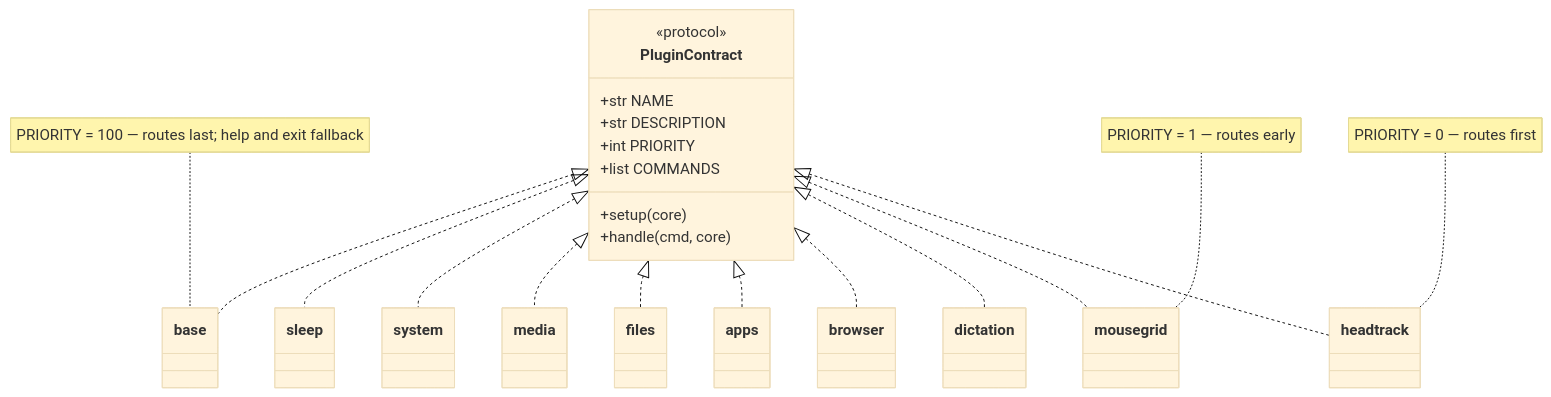
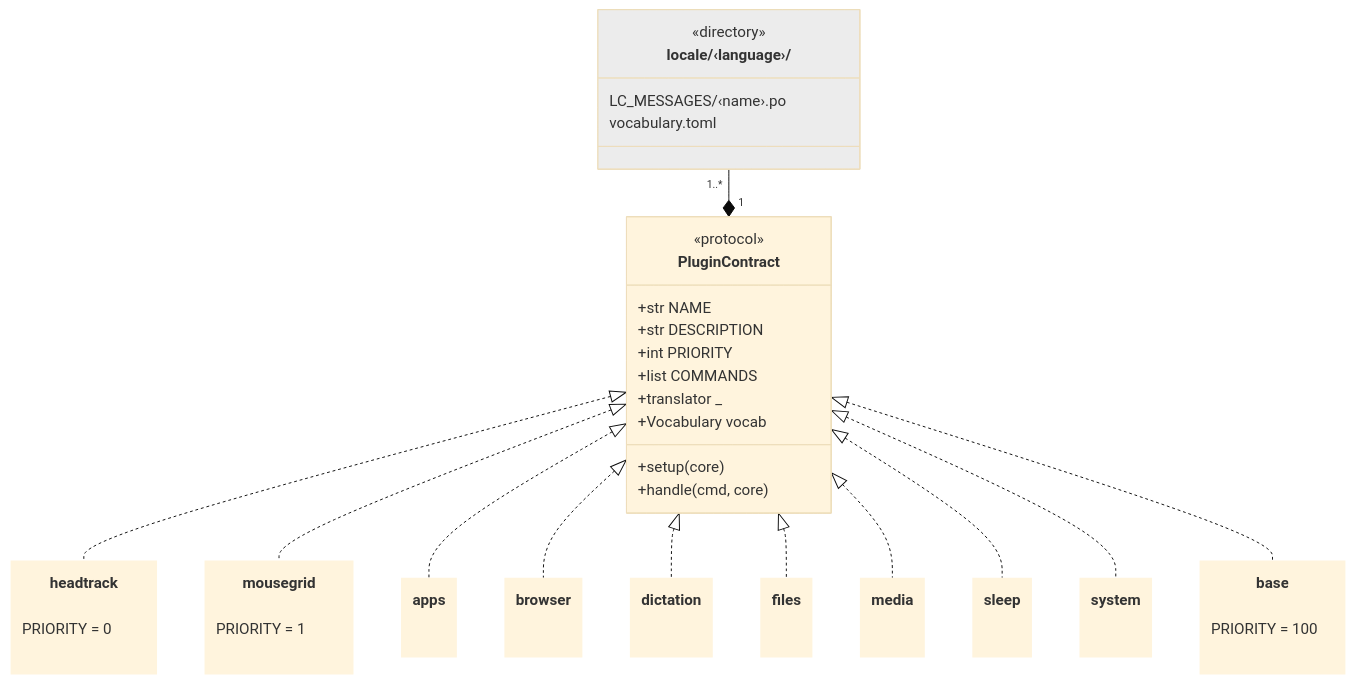
Before and after one commit to SolanumForte/easyspeak: the diagram in docs/reference/plugins.md, drawn with Mermaid (base theme). The commit also changed other lines of this file and 4 other files, not shown here.

First line of the commit message:
Make the docs' diagrams enlarge on click and show the plugin locale

````diff
--- a/docs/reference/plugins.md
+++ b/docs/reference/plugins.md
@@ -10,37 +14,59 @@
 ```mermaid
 classDiagram
     class PluginContract {
         <<protocol>>
         +str NAME
         +str DESCRIPTION
         +int PRIORITY
         +list COMMANDS
+        +translator _
+        +Vocabulary vocab
         +setup(core)
         +handle(cmd, core)
     }
-    class base
+    class base {
+        PRIORITY = 100
+    }
+    class mousegrid {
+        PRIORITY = 1
+    }
+    class headtrack {
+        PRIORITY = 0
+    }
     class sleep
     class system
     class media
     class files
     class apps
     class browser
     class dictation
-    class mousegrid
-    class headtrack
 
-    PluginContract <|.. base
-    PluginContract <|.. sleep
-    PluginContract <|.. system
-    PluginContract <|.. media
-    PluginContract <|.. files
+    PluginContract <|.. headtrack
+    PluginContract <|.. mousegrid
     PluginContract <|.. apps
     PluginContract <|.. browser
     PluginContract <|.. dictation
-    PluginContract <|.. mousegrid
-    PluginContract <|.. headtrack
+    PluginContract <|.. files
+    PluginContract <|.. media
+    PluginContract <|.. sleep
+    PluginContract <|.. system
+    PluginContract <|.. base
 
-    note for base "PRIORITY = 100 — routes last; help and exit fallback"
-    note for mousegrid "PRIORITY = 1 — routes early"
-    note for headtrack "PRIORITY = 0 — routes first"
+    class Locale["locale/‹language›/"] {
+        <<directory>>
+        LC_MESSAGES/‹name›.po
+        vocabulary.toml
+    }
+    Locale "1..*" --* "1" PluginContract
+    style Locale fill:#80808026
+    style headtrack stroke:var(--md-mermaid-node-fg-color),stroke-dasharray:5
+    style mousegrid stroke:var(--md-mermaid-node-fg-color),stroke-dasharray:5
+    style apps stroke:var(--md-mermaid-node-fg-color),stroke-dasharray:5
+    style browser stroke:var(--md-mermaid-node-fg-color),stroke-dasharray:5
+    style dictation stroke:var(--md-mermaid-node-fg-color),stroke-dasharray:5
+    style files stroke:var(--md-mermaid-node-fg-color),stroke-dasharray:5
+    style media stroke:var(--md-mermaid-node-fg-color),stroke-dasharray:5
+    style sleep stroke:var(--md-mermaid-node-fg-color),stroke-dasharray:5
+    style system stroke:var(--md-mermaid-node-fg-color),stroke-dasharray:5
+    style base stroke:var(--md-mermaid-node-fg-color),stroke-dasharray:5
 ```
````
